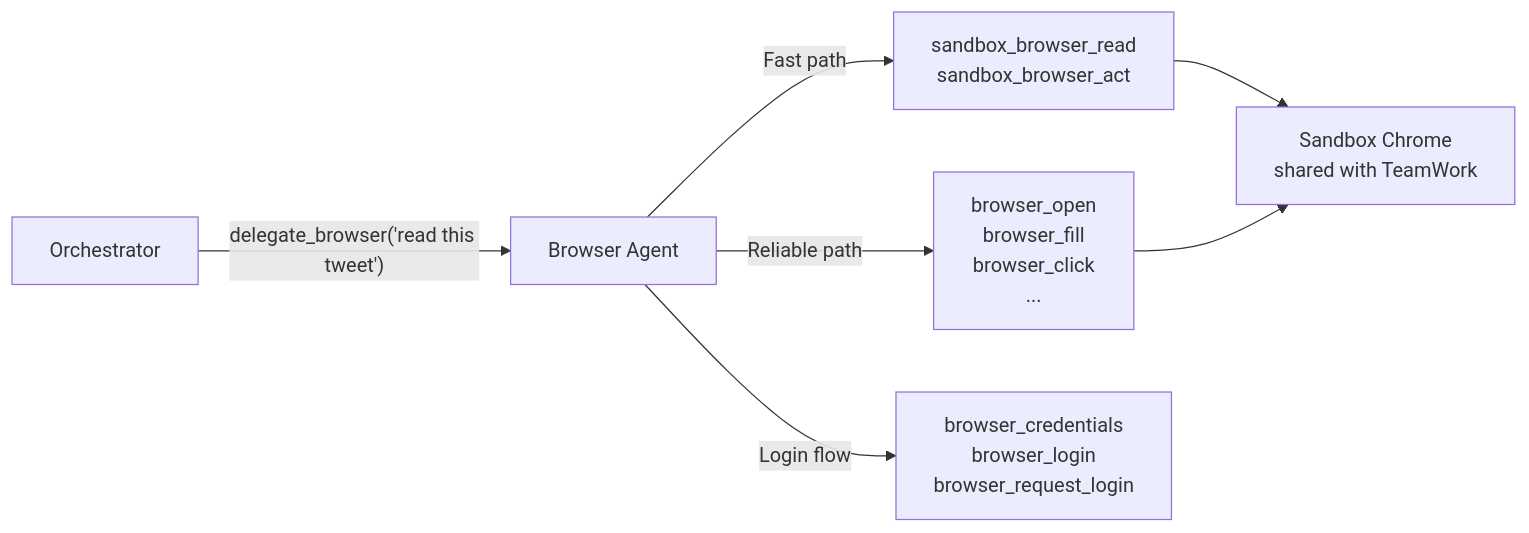
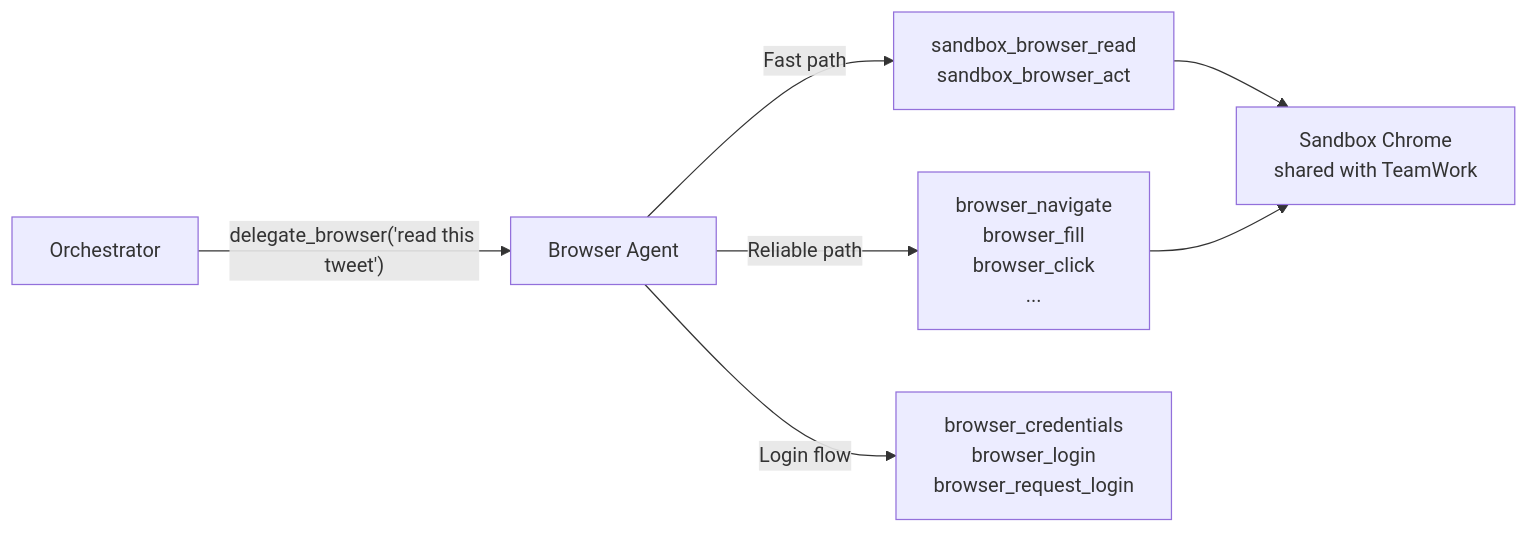
One commit to praxagent/prax changed the third of 7 diagrams in docs/agents/delegation.md. Above: the diagram before and after it, drawn with Mermaid. The commit also changed 37 other files, not shown here.

````diff
--- a/docs/agents/delegation.md
+++ b/docs/agents/delegation.md
@@ -110,11 +110,11 @@
 ```mermaid
 graph LR
     Prax[Orchestrator] -->|"delegate_browser('read this tweet')"| BA[Browser Agent]
 
     BA -->|Fast path| CDP[sandbox_browser_read<br/>sandbox_browser_act]
-    BA -->|Reliable path| PW[browser_open<br/>browser_fill<br/>browser_click<br/>...]
+    BA -->|Reliable path| PW[browser_navigate<br/>browser_fill<br/>browser_click<br/>...]
     BA -->|Login flow| Login[browser_credentials<br/>browser_login<br/>browser_request_login]
 
     CDP --> Chrome[Sandbox Chrome<br/>shared with TeamWork]
     PW --> Chrome
 ```
````
